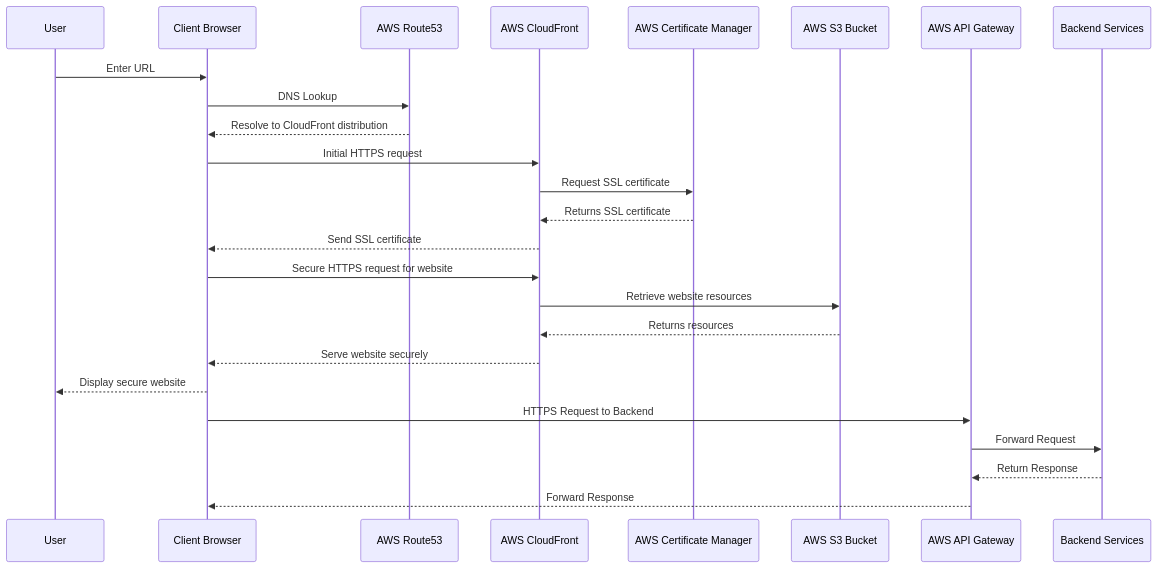
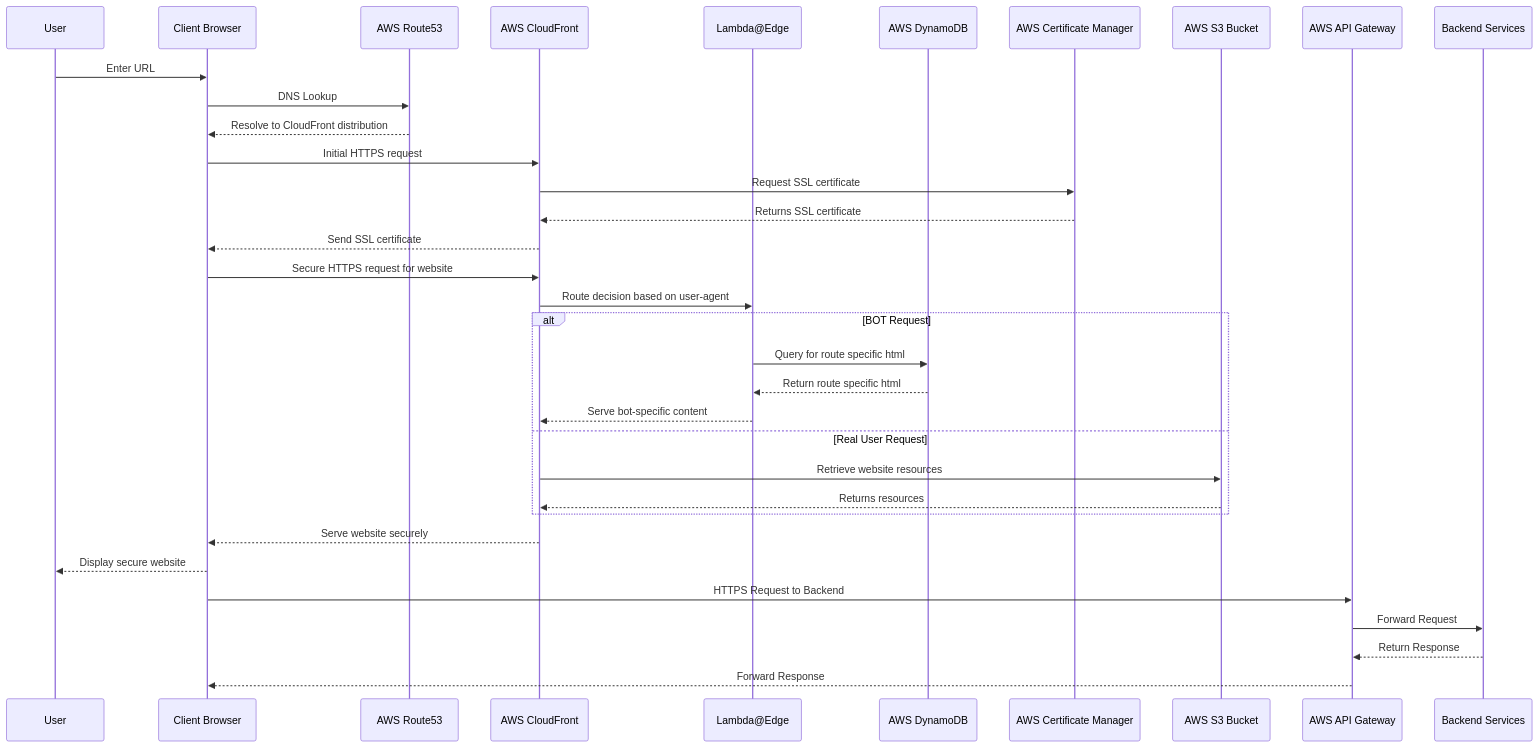
One commit to GildedPleb/bitcoin-helps changed the first of 3 diagrams in README.md. Above: the diagram before and after it, drawn with Mermaid. The commit also changed other lines of this file, not shown here.

````diff
--- a/README.md
+++ b/README.md
@@ -71,29 +72,38 @@
 ```mermaid
 sequenceDiagram
   participant User as User
   participant Client as Client Browser
   participant Route53 as AWS Route53
   participant CloudFront as AWS CloudFront
+  participant LambdaEdge as Lambda@Edge
+  participant DynamoDB as AWS DynamoDB
   participant ACM as AWS Certificate Manager
   participant S3 as AWS S3 Bucket
   participant APIG as AWS API Gateway
   participant Backend as Backend Services
 
   User->>Client: Enter URL
   Client->>Route53: DNS Lookup
   Route53-->>Client: Resolve to CloudFront distribution
   Client->>CloudFront: Initial HTTPS request
   CloudFront->>ACM: Request SSL certificate
   ACM-->>CloudFront: Returns SSL certificate
   CloudFront-->>Client: Send SSL certificate
   Client->>CloudFront: Secure HTTPS request for website
-  CloudFront->>S3: Retrieve website resources
-  S3-->>CloudFront: Returns resources
+  CloudFront->>LambdaEdge: Route decision based on user-agent
+  alt BOT Request
+    LambdaEdge->>DynamoDB: Query for route specific html
+    DynamoDB-->>LambdaEdge: Return route specific html
+    LambdaEdge-->>CloudFront: Serve bot-specific content
+  else Real User Request
+    CloudFront->>S3: Retrieve website resources
+    S3-->>CloudFront: Returns resources
+  end
   CloudFront-->>Client: Serve website securely
   Client-->>User: Display secure website
   Client->>APIG: HTTPS Request to Backend
   APIG->>Backend: Forward Request
   Backend-->>APIG: Return Response
   APIG-->>Client: Forward Response
 
 ```
````
